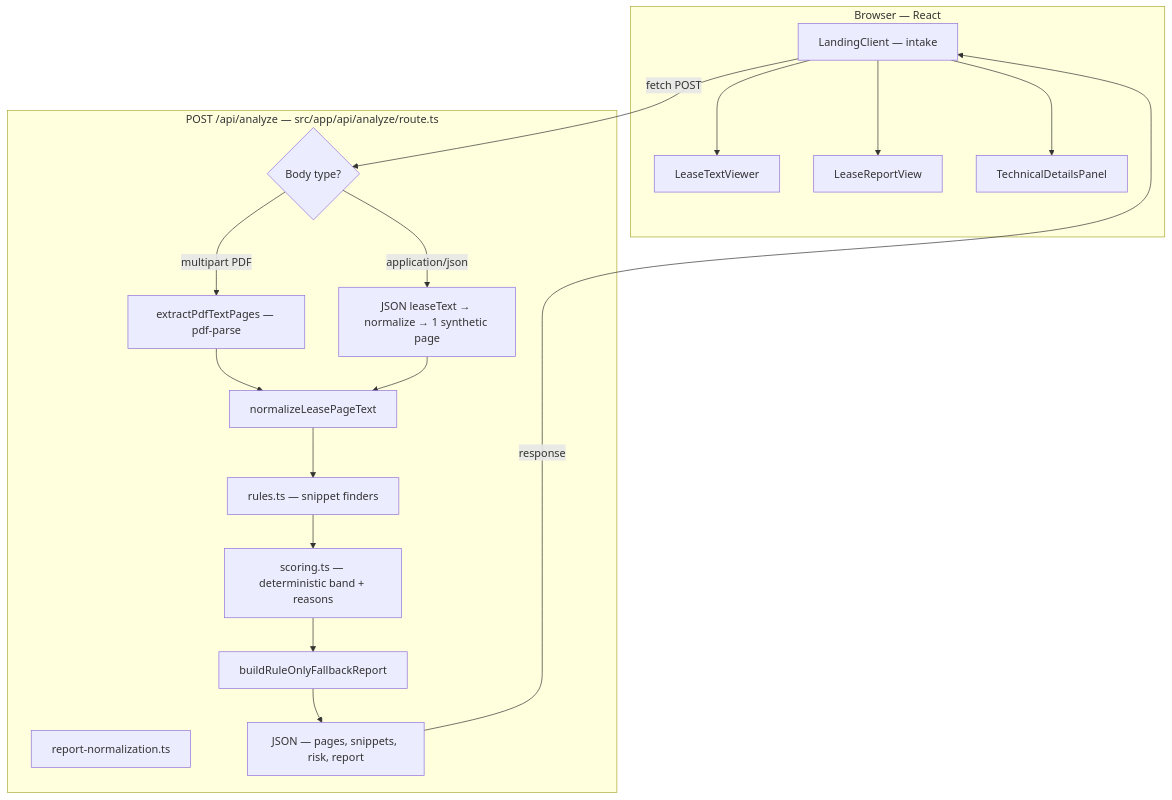
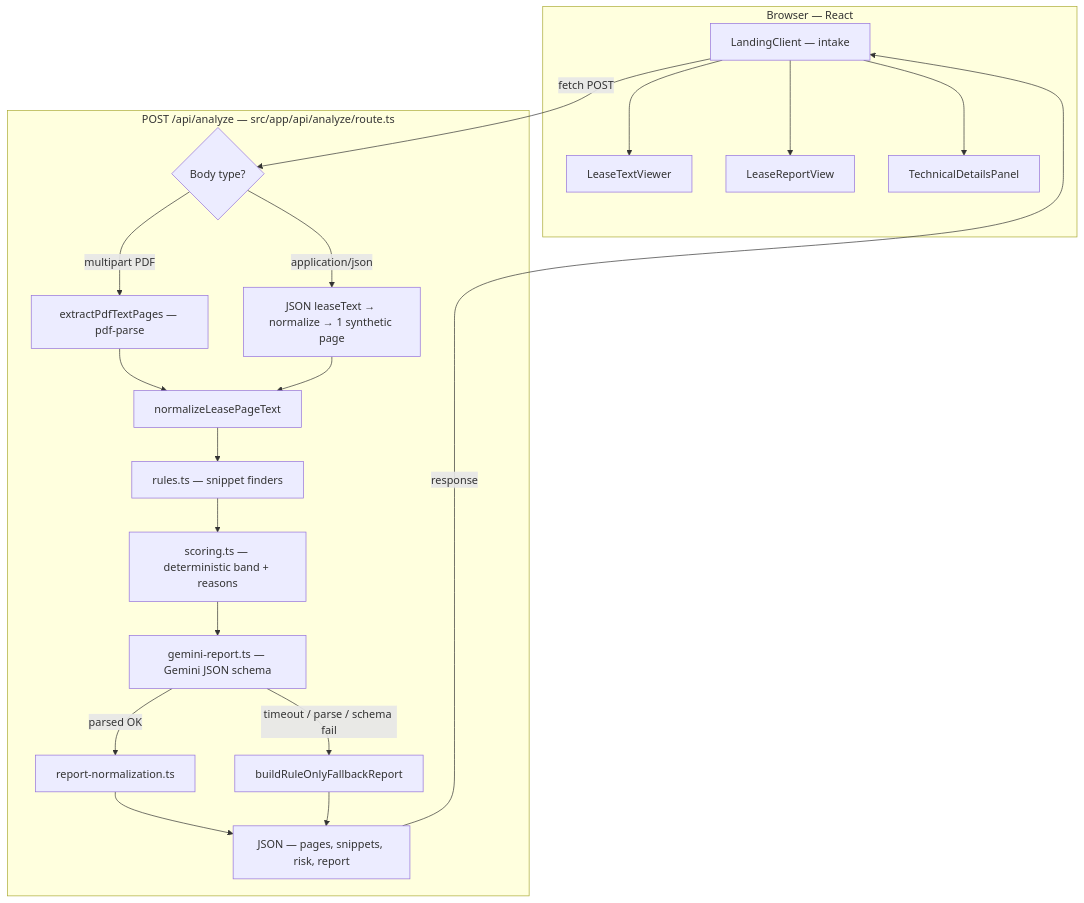
Before and after one commit to ChimdumebiNebolisa/BeforeYouSign: the first of 2 diagrams in README.md, drawn with Mermaid. The commit also changed other lines of this file and 20 other files, not shown here.

````diff
--- a/README.md
+++ b/README.md
@@ -117,36 +126,40 @@
 ```mermaid
 flowchart TB
   subgraph Client["Browser — React"]
     LC["LandingClient — intake"]
     V["LeaseTextViewer"]
     R["LeaseReportView"]
     T["TechnicalDetailsPanel"]
     LC --> V
     LC --> R
     LC --> T
   end
 
   subgraph Route["POST /api/analyze — src/app/api/analyze/route.ts"]
     IN{"Body type?"}
     PDF["extractPdfTextPages — pdf-parse"]
     TXT["JSON leaseText → normalize → 1 synthetic page"]
     NORM["normalizeLeasePageText"]
     RULES["rules.ts — snippet finders"]
     RISK["scoring.ts — deterministic band + reasons"]
+    GEM["gemini-report.ts — Gemini JSON schema"]
     RNORM["report-normalization.ts"]
     FALL["buildRuleOnlyFallbackReport"]
     OUT["JSON — pages, snippets, risk, report"]
 
     IN -->|multipart PDF| PDF
     IN -->|application/json| TXT
     PDF --> NORM
     TXT --> NORM
     NORM --> RULES
     RULES --> RISK
-    RISK --> FALL
+    RISK --> GEM
+    GEM -->|parsed OK| RNORM
+    GEM -->|timeout / parse / schema fail| FALL
+    RNORM --> OUT
     FALL --> OUT
   end
 
   LC -->|"fetch POST"| IN
   OUT -->|"response"| LC
 ```
````
